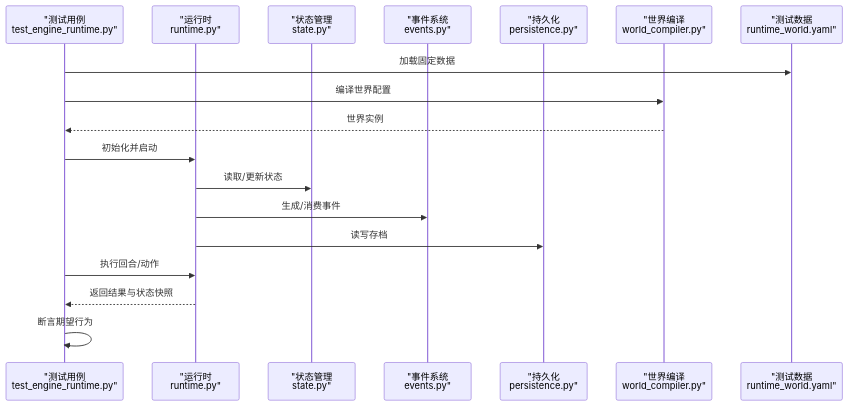
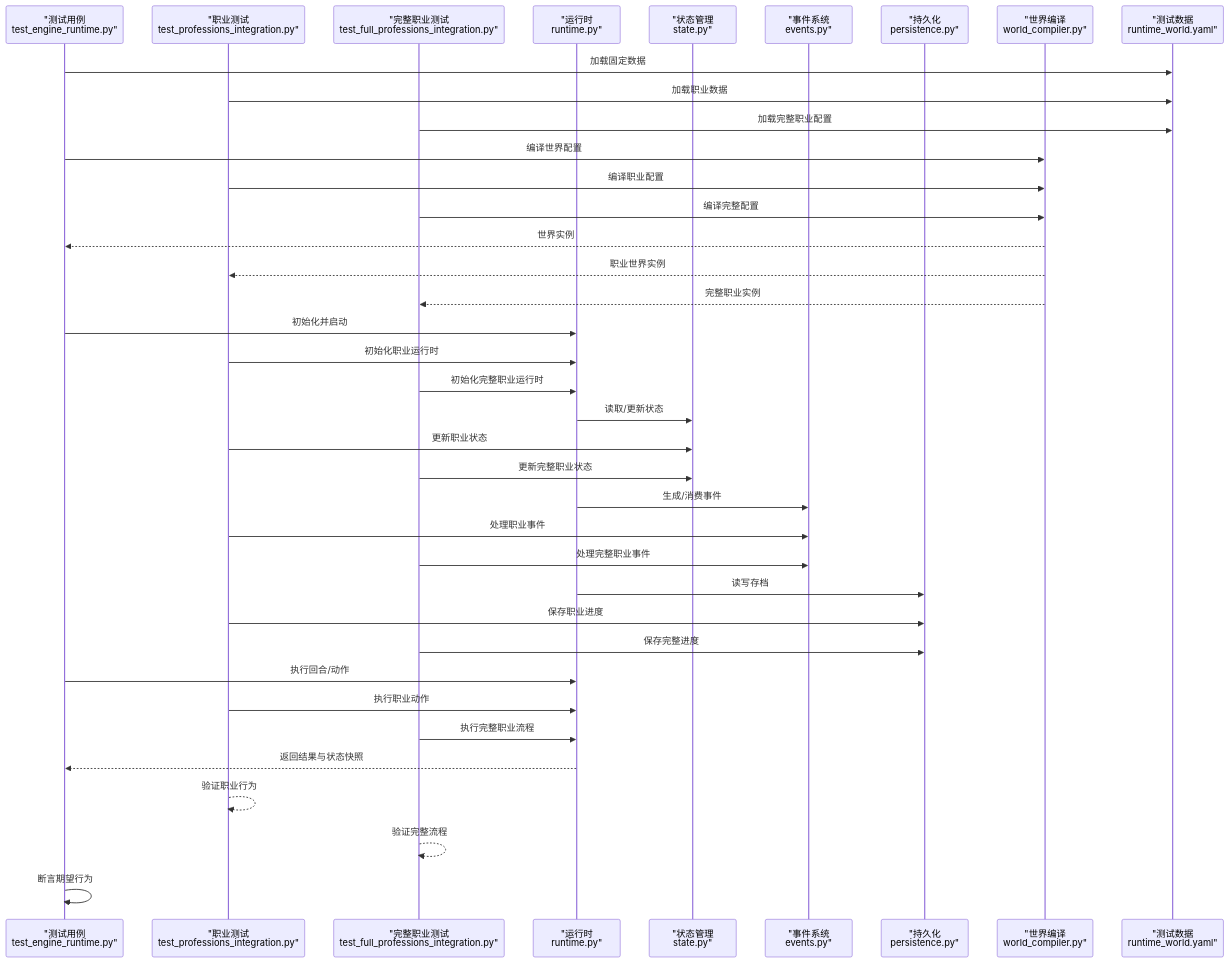
Before and after one commit to Ivandanslespace/thegreatnovel: the second of 4 diagrams in .qoder/repowiki/zh/content/测试指南.md, drawn with Mermaid. The commit also changed other lines of this file and 264 other files, not shown here.

````diff
--- a/.qoder/repowiki/zh/content/测试指南.md
+++ b/.qoder/repowiki/zh/content/测试指南.md
@@ -111,20 +136,40 @@
 ```mermaid
 sequenceDiagram
 participant Test as "测试用例<br/>test_engine_runtime.py"
+participant ProfTest as "职业测试<br/>test_professions_integration.py"
+participant FullProfTest as "完整职业测试<br/>test_full_professions_integration.py"
 participant Runtime as "运行时<br/>runtime.py"
 participant State as "状态管理<br/>state.py"
 participant Events as "事件系统<br/>events.py"
 participant Persist as "持久化<br/>persistence.py"
 participant World as "世界编译<br/>world_compiler.py"
 participant Fixture as "测试数据<br/>runtime_world.yaml"
 Test->>Fixture : 加载固定数据
+ProfTest->>Fixture : 加载职业数据
+FullProfTest->>Fixture : 加载完整职业配置
 Test->>World : 编译世界配置
+ProfTest->>World : 编译职业配置
+FullProfTest->>World : 编译完整配置
 World-->>Test : 世界实例
+World-->>ProfTest : 职业世界实例
+World-->>FullProfTest : 完整职业实例
 Test->>Runtime : 初始化并启动
+ProfTest->>Runtime : 初始化职业运行时
+FullProfTest->>Runtime : 初始化完整职业运行时
 Runtime->>State : 读取/更新状态
+ProfTest->>State : 更新职业状态
+FullProfTest->>State : 更新完整职业状态
 Runtime->>Events : 生成/消费事件
+ProfTest->>Events : 处理职业事件
+FullProfTest->>Events : 处理完整职业事件
 Runtime->>Persist : 读写存档
+ProfTest->>Persist : 保存职业进度
+FullProfTest->>Persist : 保存完整进度
 Test->>Runtime : 执行回合/动作
+ProfTest->>Runtime : 执行职业动作
+FullProfTest->>Runtime : 执行完整职业流程
 Runtime-->>Test : 返回结果与状态快照
+ProfTest-->>ProfTest : 验证职业行为
+FullProfTest-->>FullProfTest : 验证完整流程
 Test->>Test : 断言期望行为
 ```
````
